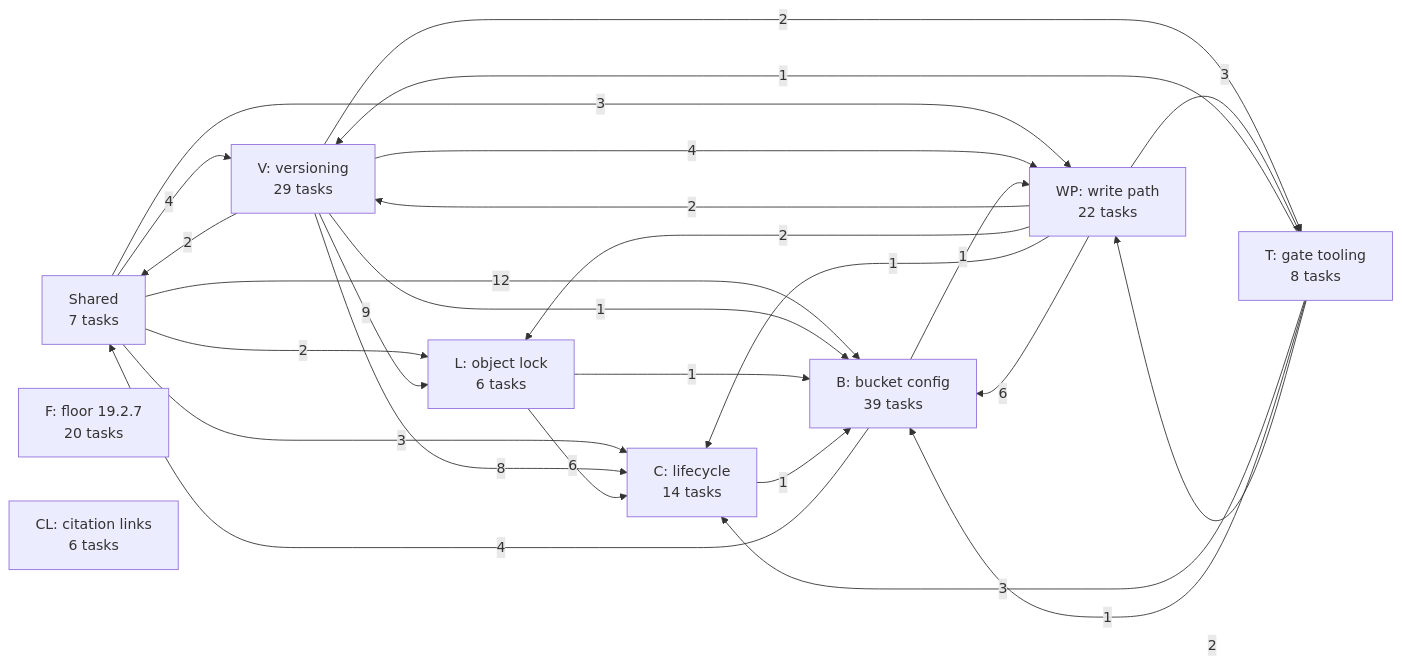
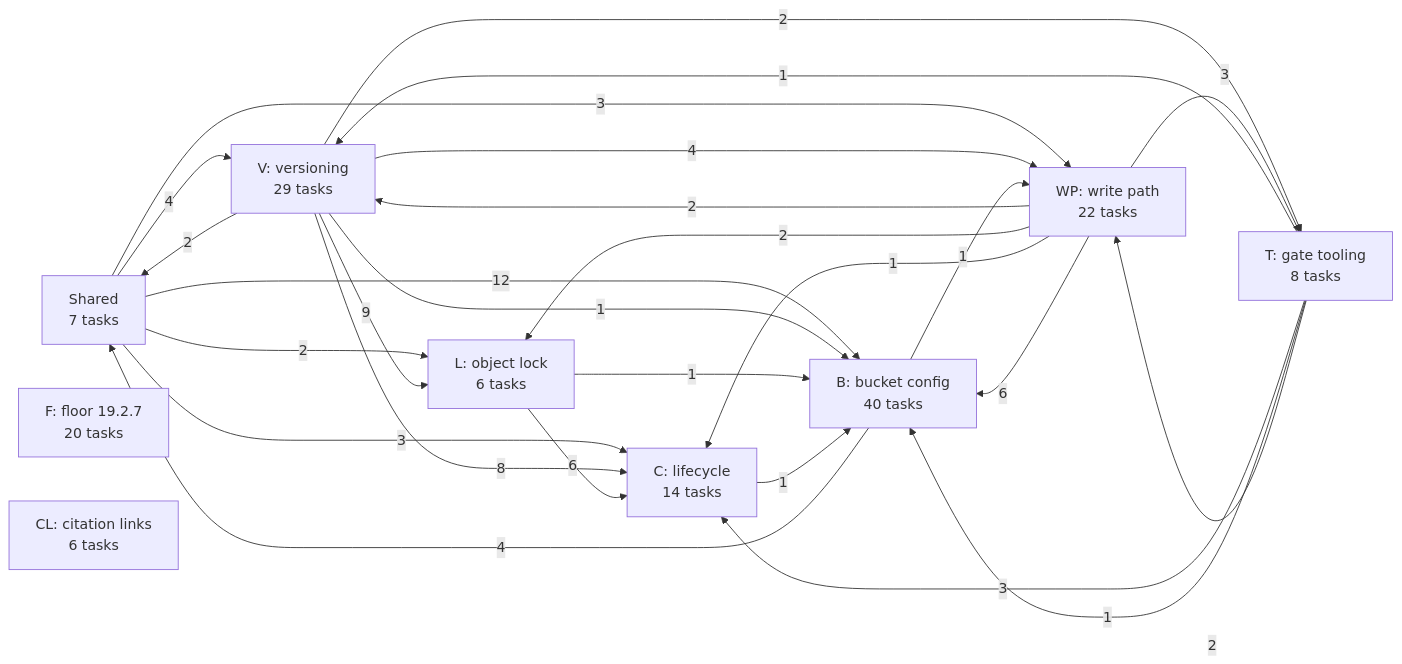
Before and after one commit to jhoblitt/rgw-go: the first of 10 diagrams in docs/superpowers/plans/2026-10-13-phase-2/dependencies.md, drawn with Mermaid. The commit also changed other lines of this file, not shown here.

First line of the commit message:
docs(plan): regenerate the phase 2 dependency graph for BC-30b

````diff
--- a/docs/superpowers/plans/2026-10-13-phase-2/dependencies.md
+++ b/docs/superpowers/plans/2026-10-13-phase-2/dependencies.md
@@ -13,37 +13,37 @@
 ```mermaid
 flowchart LR
   u_S["Shared<br/>7 tasks"]
   u_F["F: floor 19.2.7<br/>20 tasks"]
   u_V["V: versioning<br/>29 tasks"]
   u_L["L: object lock<br/>6 tasks"]
   u_C["C: lifecycle<br/>14 tasks"]
-  u_B["B: bucket config<br/>39 tasks"]
+  u_B["B: bucket config<br/>40 tasks"]
   u_WP["WP: write path<br/>22 tasks"]
   u_T["T: gate tooling<br/>8 tasks"]
   u_CL["CL: citation links<br/>6 tasks"]
   u_S -->|4| u_V
   u_S -->|2| u_L
   u_S -->|3| u_C
   u_S -->|12| u_B
   u_S -->|3| u_WP
   u_V -->|2| u_S
   u_V -->|9| u_L
   u_V -->|8| u_C
   u_V -->|1| u_B
   u_V -->|4| u_WP
   u_V -->|2| u_T
   u_L -->|6| u_C
   u_L -->|1| u_B
   u_C -->|1| u_B
   u_B -->|4| u_S
   u_B -->|1| u_WP
   u_WP -->|2| u_V
   u_WP -->|2| u_L
   u_WP -->|1| u_C
   u_WP -->|6| u_B
   u_WP -->|3| u_T
   u_T -->|1| u_V
   u_T -->|3| u_C
   u_T -->|1| u_B
   u_T -->|2| u_WP
 ```
````
